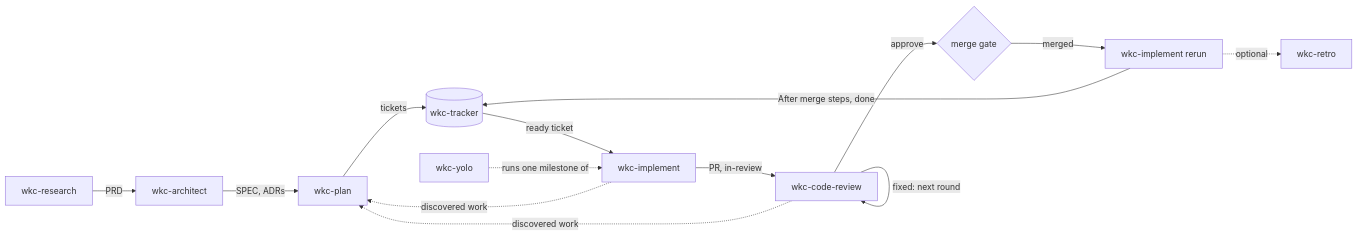
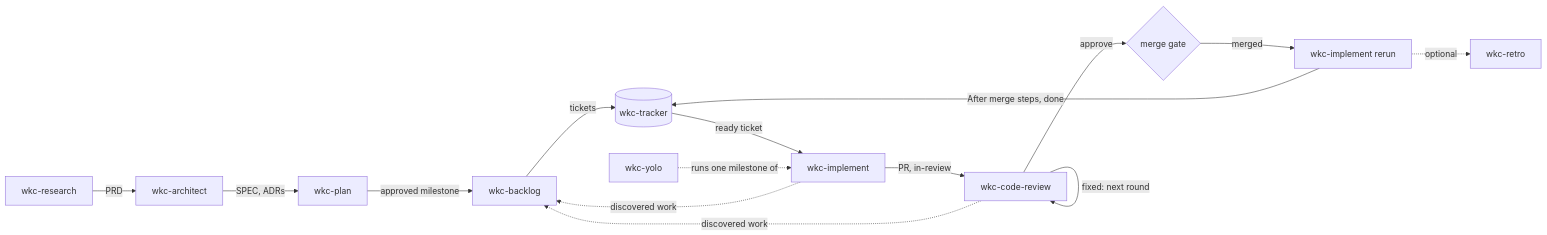
The diagram in docs/dev-agents/SPEC.md (wilsonkichoi/skills), drawn with Mermaid before and after one commit. The commit also changed other lines of this file and 21 other files, not shown here.

First line of the commit message:
feat: split wkc-backlog out of wkc-plan (ADR-004) (#44)

````diff
--- a/docs/dev-agents/SPEC.md
+++ b/docs/dev-agents/SPEC.md
@@ -17,16 +17,17 @@
 ```mermaid
 graph LR
   R[wkc-research] -->|PRD| A[wkc-architect]
   A -->|SPEC, ADRs| P[wkc-plan]
-  P -->|tickets| T[(wkc-tracker)]
+  P -->|approved milestone| B[wkc-backlog]
+  B -->|tickets| T[(wkc-tracker)]
   T -->|ready ticket| I[wkc-implement]
   I -->|PR, in-review| C[wkc-code-review]
   C -->|fixed: next round| C
   C -->|approve| M{merge gate}
   M -->|merged| I2[wkc-implement rerun]
   I2 -->|After merge steps, done| T
-  I -.->|discovered work| P
-  C -.->|discovered work| P
+  I -.->|discovered work| B
+  C -.->|discovered work| B
   I2 -.->|optional| X[wkc-retro]
   Y[wkc-yolo] -.->|runs one milestone of| I
 ```
````
